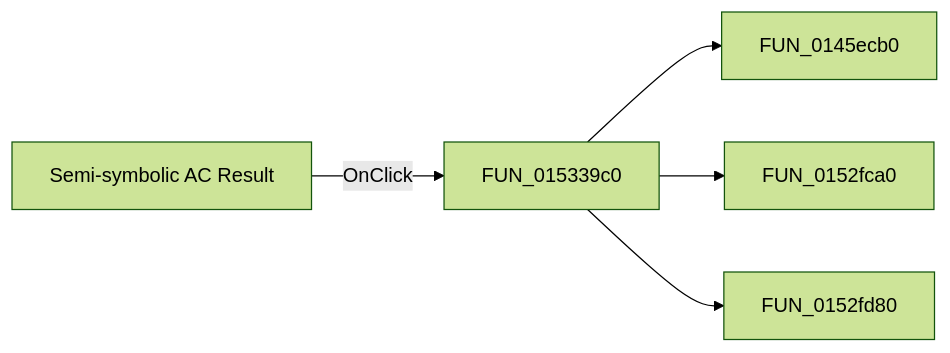
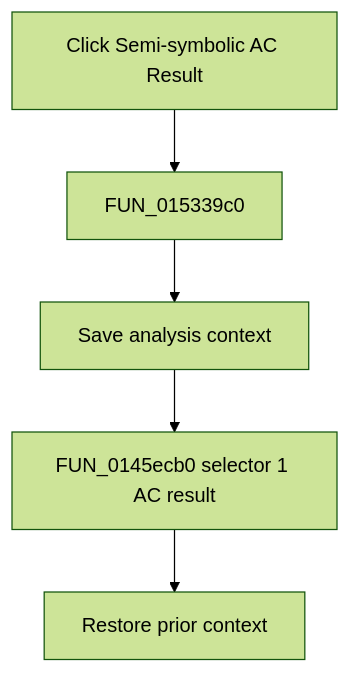
One commit to MovGP0/TIARA changed the diagram in docs/ui-controls/netlisteditor/misemisymbolicacresult-bc51b9066d.md. Above: the diagram before and after it, drawn with Mermaid (forest theme). The commit also changed other lines of this file and 1062 other files, not shown here.

````diff
--- a/docs/ui-controls/netlisteditor/misemisymbolicacresult-bc51b9066d.md
+++ b/docs/ui-controls/netlisteditor/misemisymbolicacresult-bc51b9066d.md
@@ -27,7 +29,7 @@
 ```mermaid
-flowchart LR
-    control["Semi-symbolic AC Result"] -->|OnClick| handler["FUN_015339c0"]
-    handler --> call1["FUN_0145ecb0"]
-    handler --> call2["FUN_0152fca0"]
-    handler --> call3["FUN_0152fd80"]
+flowchart TD
+    control["Click Semi-symbolic AC Result"] --> handler["FUN_015339c0"]
+    handler --> prepare["Save analysis context"]
+    prepare --> action["FUN_0145ecb0 selector 1 AC result"]
+    action --> restore["Restore prior context"]
 ```
````
